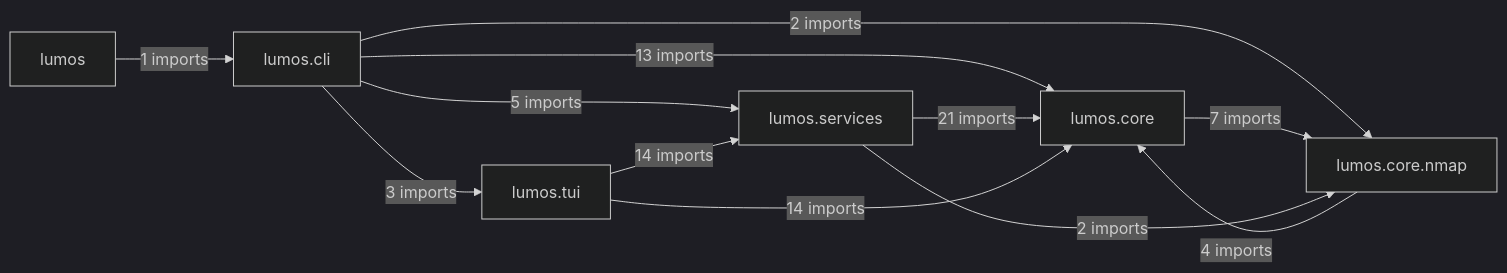
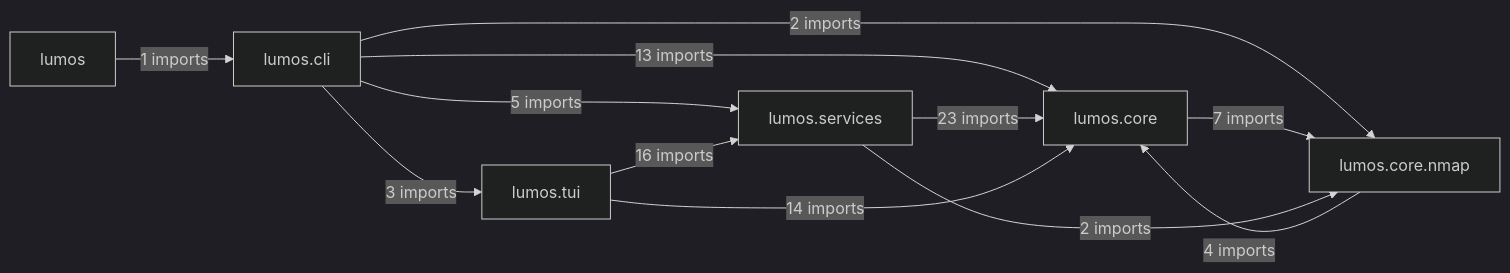
Before and after one commit to lko47/lumos: the diagram in docs/architecture/modules.md, drawn with Mermaid (dark theme). The commit also changed other lines of this file and 6 other files, not shown here.

````diff
--- a/docs/architecture/modules.md
+++ b/docs/architecture/modules.md
@@ -7,20 +7,20 @@
 ```mermaid
 flowchart LR
     P0["lumos"]
     P1["lumos.cli"]
     P2["lumos.core"]
     P3["lumos.core.nmap"]
     P4["lumos.services"]
     P5["lumos.tui"]
     P0 -->|"1 imports"| P1
     P1 -->|"13 imports"| P2
     P1 -->|"2 imports"| P3
     P1 -->|"5 imports"| P4
     P1 -->|"3 imports"| P5
     P2 -->|"7 imports"| P3
     P3 -->|"4 imports"| P2
-    P4 -->|"21 imports"| P2
+    P4 -->|"23 imports"| P2
     P4 -->|"2 imports"| P3
     P5 -->|"14 imports"| P2
-    P5 -->|"14 imports"| P4
+    P5 -->|"16 imports"| P4
 ```
````
